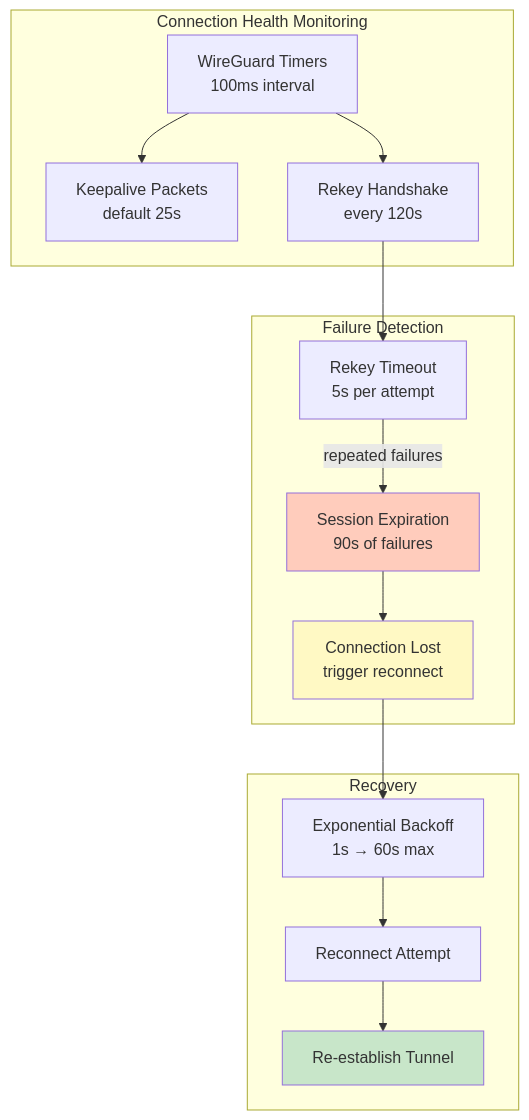
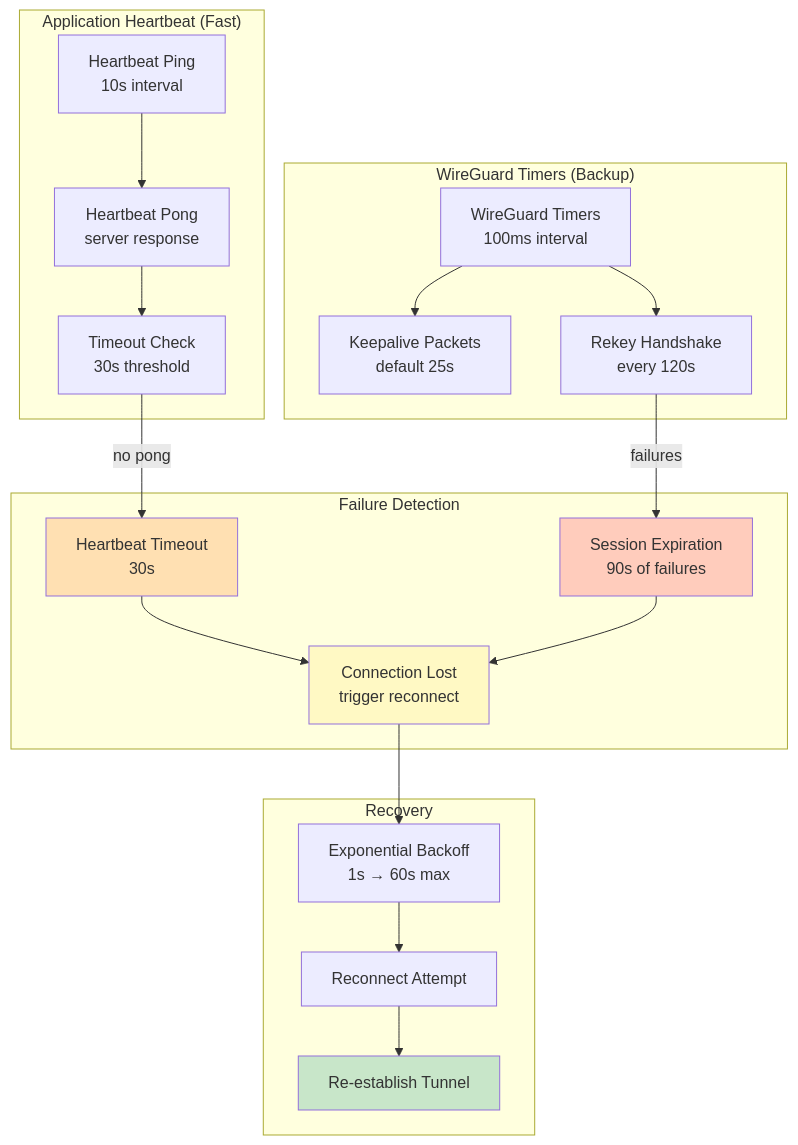
Diagram 16 of 43 in docs/ARCHITECTURE.md (andrewtheguy/vpn-rs), drawn with Mermaid before and after one commit. The commit also changed other lines of this file and 5 other files, not shown here.

Commit message:
feat: implement application-level heartbeat for VPN client and server

````diff
--- a/docs/ARCHITECTURE.md
+++ b/docs/ARCHITECTURE.md
@@ -641,33 +657,44 @@
 ```mermaid
 graph TB
-    subgraph "Connection Health Monitoring"
+    subgraph "Application Heartbeat (Fast)"
+        H1[Heartbeat Ping<br/>10s interval]
+        H2[Heartbeat Pong<br/>server response]
+        H3[Timeout Check<br/>30s threshold]
+    end
+
+    subgraph "WireGuard Timers (Backup)"
         A[WireGuard Timers<br/>100ms interval]
         B[Keepalive Packets<br/>default 25s]
         C[Rekey Handshake<br/>every 120s]
     end
 
     subgraph "Failure Detection"
-        D[Rekey Timeout<br/>5s per attempt]
+        D[Heartbeat Timeout<br/>30s]
         E[Session Expiration<br/>90s of failures]
         F[Connection Lost<br/>trigger reconnect]
     end
 
     subgraph "Recovery"
         G[Exponential Backoff<br/>1s → 60s max]
-        H[Reconnect Attempt]
+        HH[Reconnect Attempt]
         I[Re-establish Tunnel]
     end
 
+    H1 --> H2
+    H2 --> H3
+    H3 -->|no pong| D
+    D --> F
+
     A --> B
     A --> C
-    C --> D
-    D -->|repeated failures| E
+    C -->|failures| E
     E --> F
     F --> G
-    G --> H
-    H --> I
+    G --> HH
+    HH --> I
 
+    style D fill:#FFE0B2
     style E fill:#FFCCBC
     style F fill:#FFF9C4
     style I fill:#C8E6C9
 ```
````
